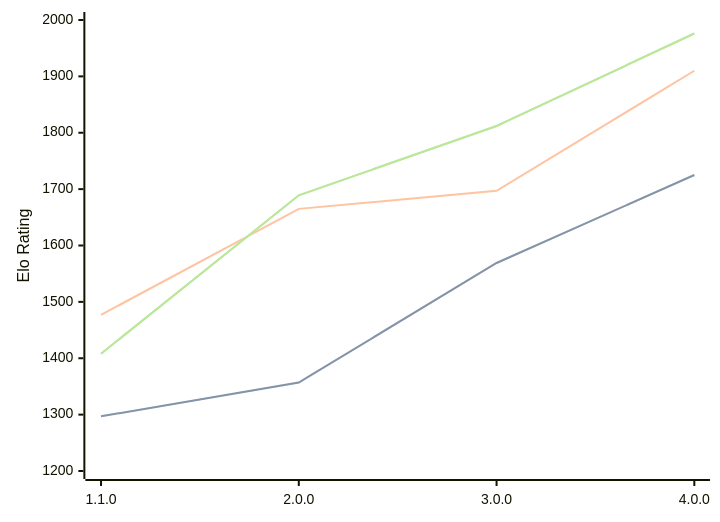
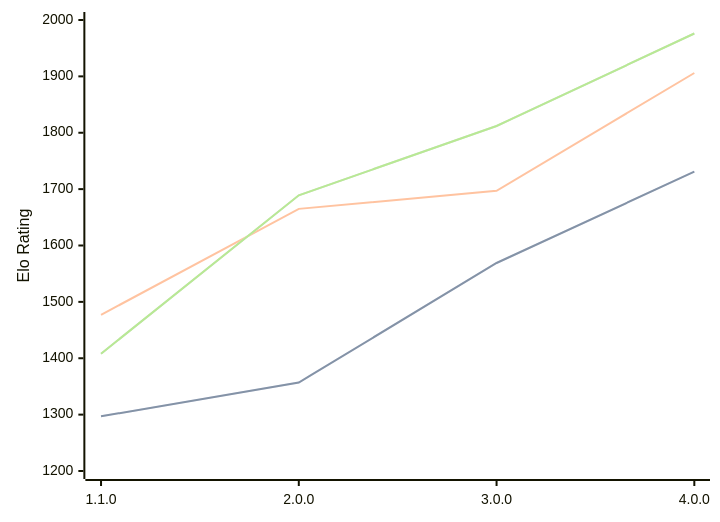
One commit to computer-chess-index/cci changed the diagram in engines/Laura.md. Above: the diagram before and after it, drawn with Mermaid. The commit also changed other lines of this file, not shown here.

````diff
--- a/engines/Laura.md
+++ b/engines/Laura.md
@@ -34,11 +34,11 @@
 ```mermaid
 %%{init: {"theme":"base","themeVariables":{"seriesColors:['#a3a3a3','#222221','#faa371']}}}%%
 xychart-beta
   x-axis ["1.1.0", "2.0.0", "3.0.0", "4.0.0"]
   y-axis "Elo Rating" 1200 --> 2000
-  line "" [1297, 1357, 1569, 1725]
-  line "STC (8.0+0.08s)" [1297, 1357, 1569, 1725]
-  line "LTC (60.0+0.60s)" [1477, 1665, 1697, 1910]
+  line "" [1297, 1357, 1569, 1731]
+  line "STC (8.0+0.08s)" [1297, 1357, 1569, 1731]
+  line "LTC (60.0+0.60s)" [1477, 1665, 1697, 1906]
   line "" [1408, 1689, 1812, 1976]
   line "VLTC (2m24s+1.12s)" [1408, 1689, 1812, 1976]
 ```
````
